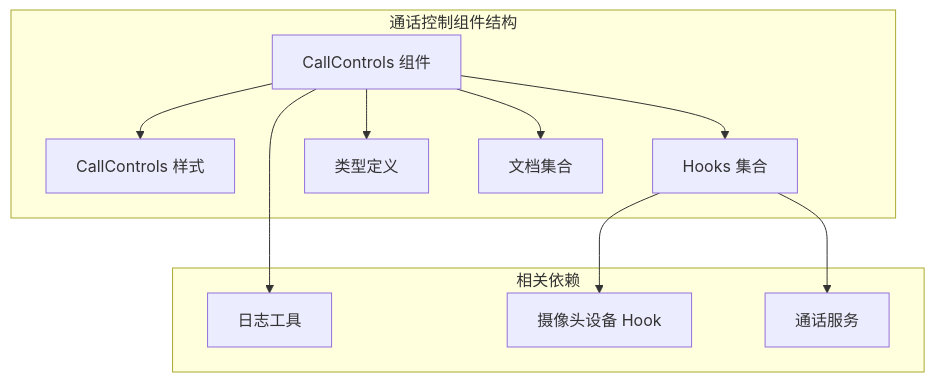
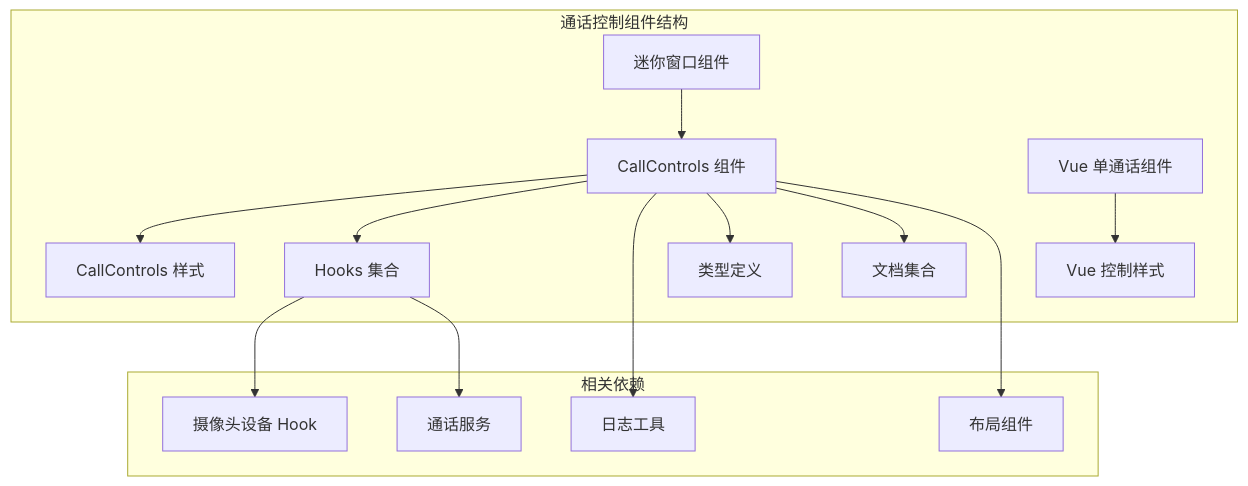
One commit to Easemob-Community/easemob-uikit-callkit-vue3 changed the first of 8 diagrams in .qoder/repowiki/zh/content/核心组件/单人通话组件/通话控制组件 CallControls.md. Above: the diagram before and after it, drawn with Mermaid. The commit also changed other lines of this file and 58 other files, not shown here.

````diff
--- a/.qoder/repowiki/zh/content/核心组件/单人通话组件/通话控制组件 CallControls.md
+++ b/.qoder/repowiki/zh/content/核心组件/单人通话组件/通话控制组件 CallControls.md
@@ -37,22 +45,29 @@
 ```mermaid
 graph TB
 subgraph "通话控制组件结构"
 CC[CallControls 组件]
 SCSS[CallControls 样式]
 Hooks[Hooks 集合]
 Types[类型定义]
 Docs[文档集合]
+VueComp[Vue 单通话组件]
+VueCSS[Vue 控制样式]
+MiniWin[迷你窗口组件]
 end
 subgraph "相关依赖"
 Logger[日志工具]
 CameraHook[摄像头设备 Hook]
 CallService[通话服务]
+Layouts[布局组件]
 end
 CC --> SCSS
 CC --> Hooks
 CC --> Logger
 Hooks --> CameraHook
 Hooks --> CallService
 CC --> Types
 CC --> Docs
+CC --> Layouts
+VueComp --> VueCSS
+MiniWin --> CC
 ```
````
